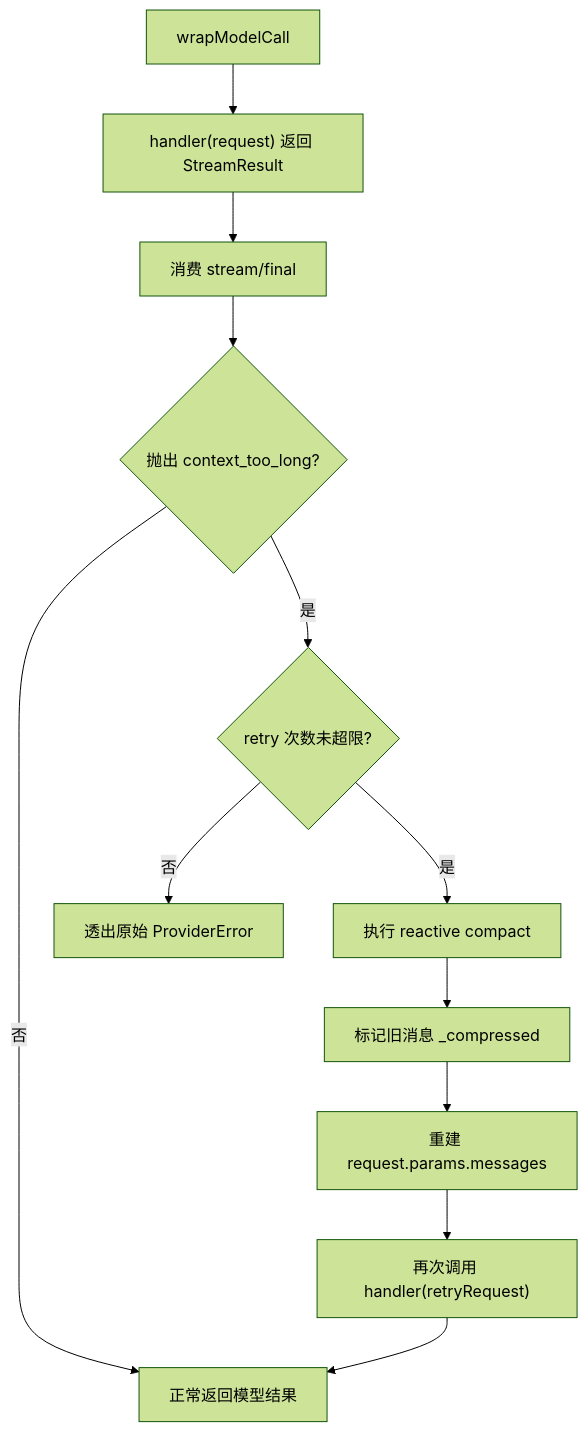
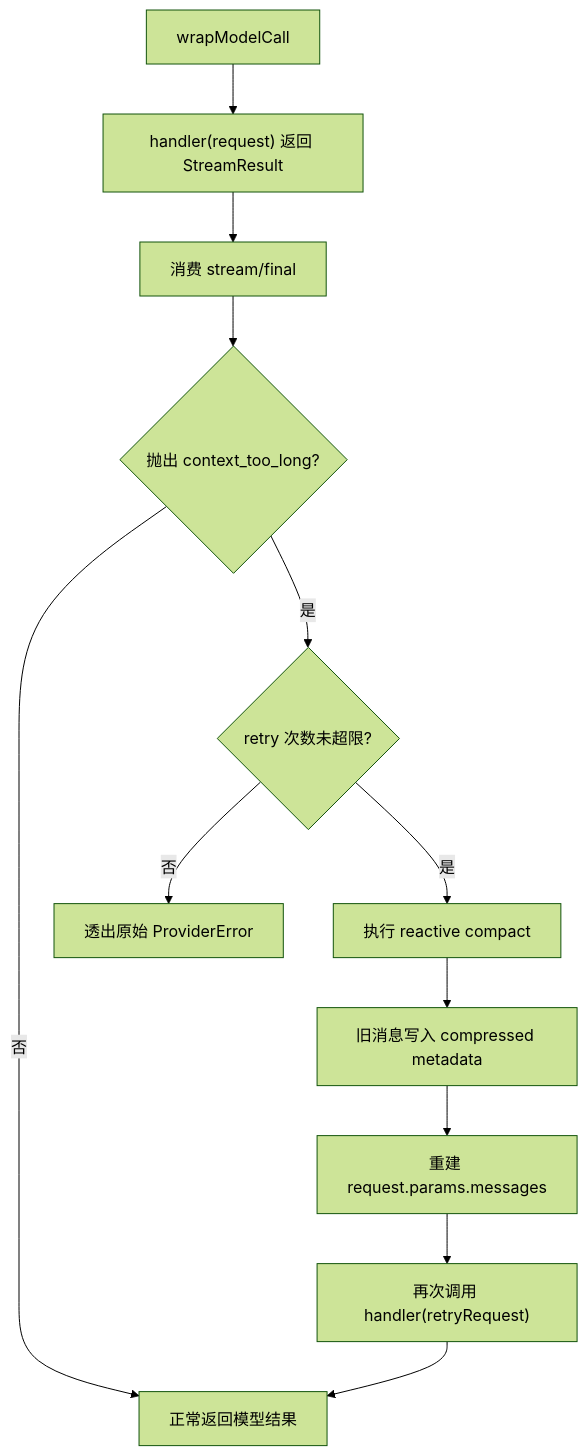
Before and after one commit to zixingtangmouren/mech-code: the third of 3 diagrams in docs/16-context-management-middleware-design.md, drawn with Mermaid (forest theme). The commit also changed other lines of this file and 38 other files, not shown here.

````diff
--- a/docs/16-context-management-middleware-design.md
+++ b/docs/16-context-management-middleware-design.md
@@ -355,14 +395,14 @@
 ```mermaid
 flowchart TD
   A["wrapModelCall"] --> B["handler(request) 返回 StreamResult"]
   B --> C["消费 stream/final"]
   C --> D{"抛出 context_too_long?"}
   D -- 否 --> E["正常返回模型结果"]
   D -- 是 --> F{"retry 次数未超限?"}
   F -- 否 --> G["透出原始 ProviderError"]
   F -- 是 --> H["执行 reactive compact"]
-  H --> I["标记旧消息 _compressed"]
+  H --> I["旧消息写入 compressed metadata"]
   I --> J["重建 request.params.messages"]
   J --> K["再次调用 handler(retryRequest)"]
   K --> E
 ```
````
